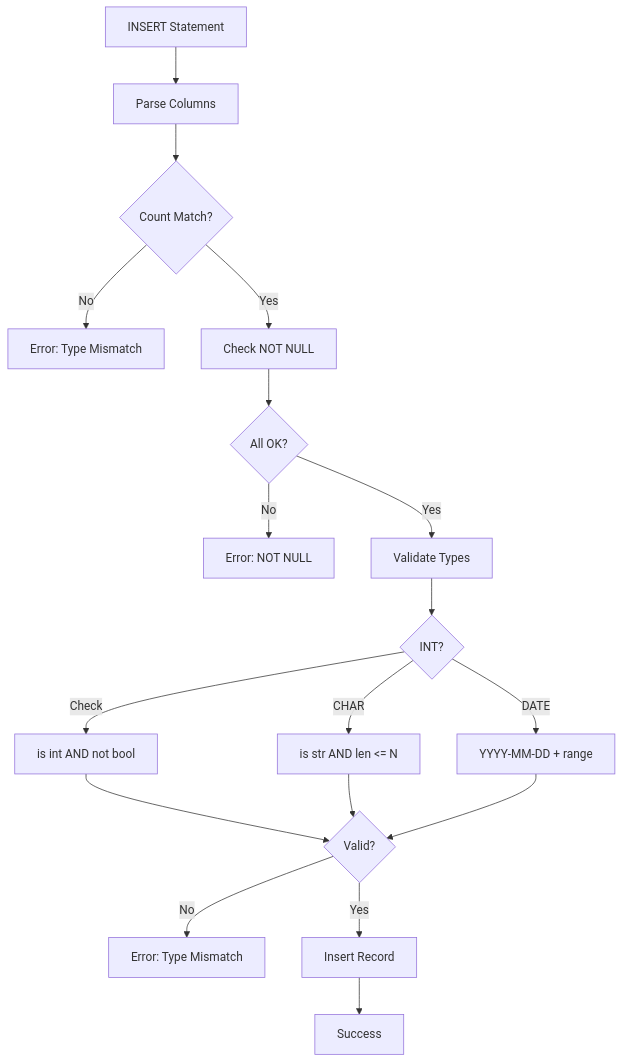
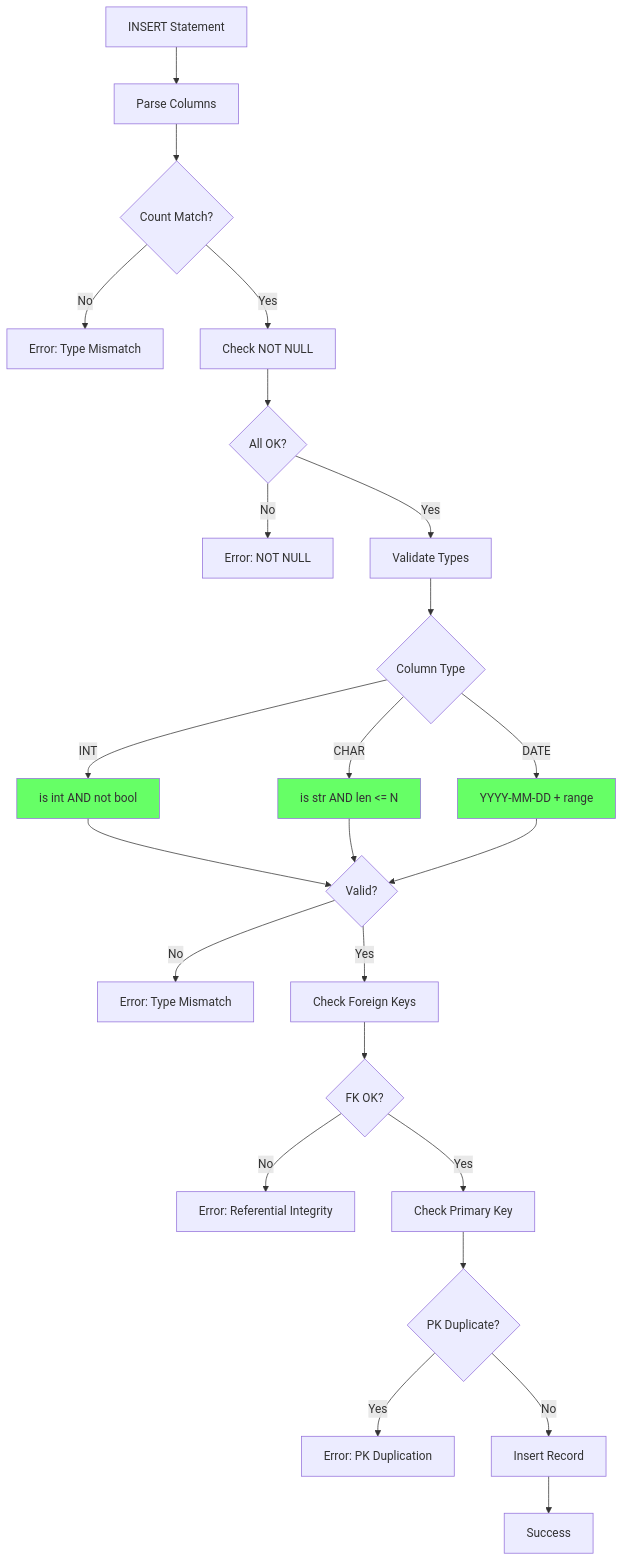
One commit to thynameisjibi/SQL-DBMS-plans changed the diagram in docs/plans/issue-2-plan.md. Above: the diagram before and after it, drawn with Mermaid. The commit also changed other lines of this file and 8 other files, not shown here.

````diff
--- a/docs/plans/issue-2-plan.md
+++ b/docs/plans/issue-2-plan.md
@@ -45,20 +98,30 @@
 ```mermaid
 flowchart TD
     A[INSERT Statement] --> B[Parse Columns]
     B --> C{Count Match?}
     C -->|No| D[Error: Type Mismatch]
     C -->|Yes| E[Check NOT NULL]
     E --> F{All OK?}
     F -->|No| G[Error: NOT NULL]
     F -->|Yes| H[Validate Types]
-    H --> I{INT?}
-    I -->|Check| J[is int AND not bool]
+    H --> I{Column Type}
+    I -->|INT| J[is int AND not bool]
     I -->|CHAR| K[is str AND len <= N]
     I -->|DATE| L[YYYY-MM-DD + range]
     J --> M{Valid?}
     K --> M
     L --> M
     M -->|No| N[Error: Type Mismatch]
-    M -->|Yes| O[Insert Record]
-    O --> P[Success]
+    M -->|Yes| O[Check Foreign Keys]
+    O --> P{FK OK?}
+    P -->|No| Q[Error: Referential Integrity]
+    P -->|Yes| R[Check Primary Key]
+    R --> S{PK Duplicate?}
+    S -->|Yes| T[Error: PK Duplication]
+    S -->|No| U[Insert Record]
+    U --> V[Success]
+    
+    style J fill:#6f6
+    style K fill:#6f6
+    style L fill:#6f6
 ```
````
